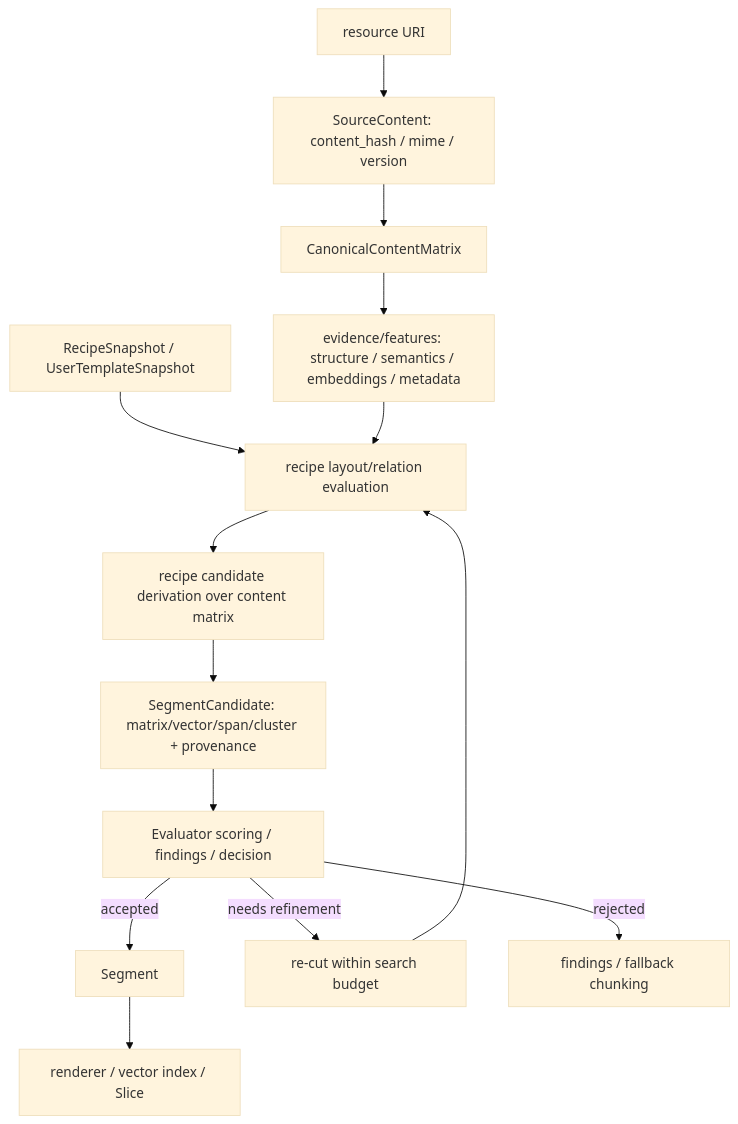
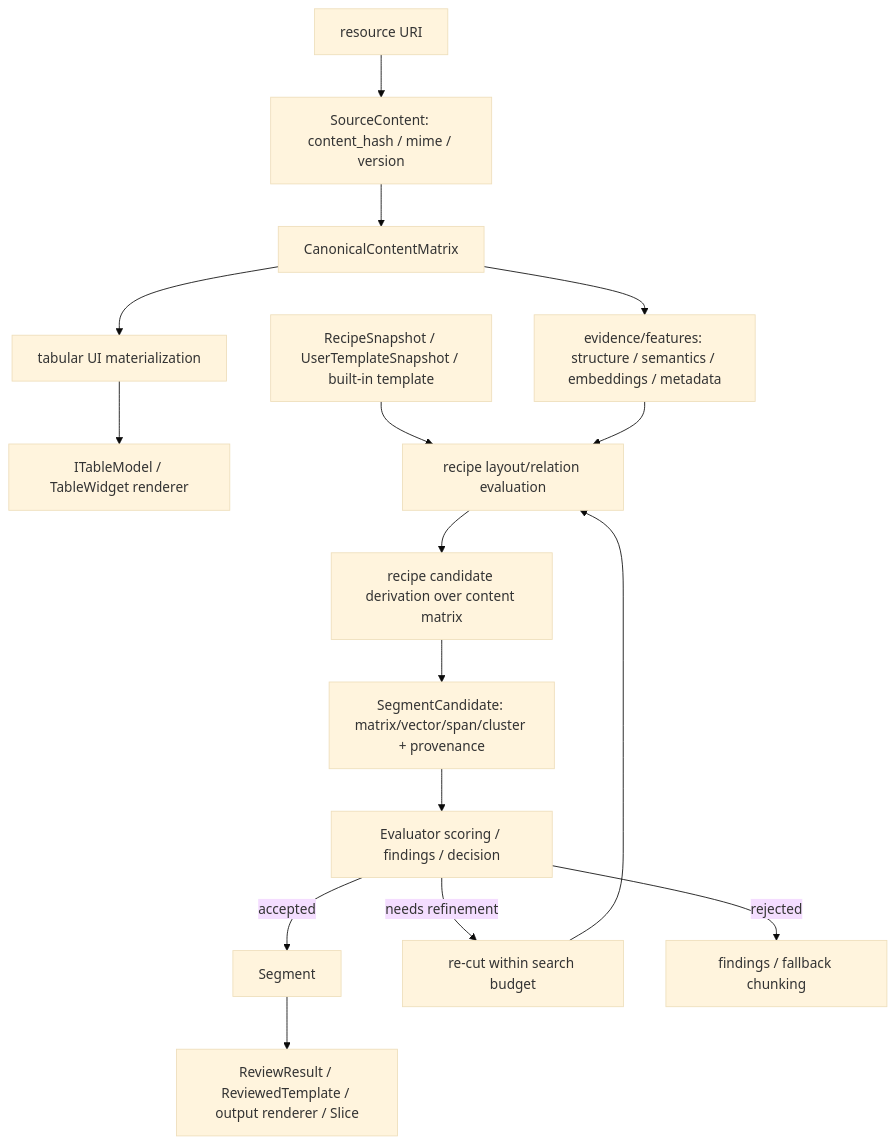
The third of 3 diagrams in .github/README.md (chogng/conductor), drawn with Mermaid (base theme) before and after one commit. The commit also changed other lines of this file and 7 other files, not shown here.

````diff
--- a/.github/README.md
+++ b/.github/README.md
@@ -530,16 +539,18 @@
 ```mermaid
 flowchart TD
   A[resource URI] --> B[SourceContent: content_hash / mime / version]
   B --> C[CanonicalContentMatrix]
   C --> D[evidence/features: structure / semantics / embeddings / metadata]
-  F[RecipeSnapshot / UserTemplateSnapshot] --> G[recipe layout/relation evaluation]
+  C --> U[tabular UI materialization]
+  U --> V[ITableModel / TableWidget renderer]
+  F[RecipeSnapshot / UserTemplateSnapshot / built-in template] --> G[recipe layout/relation evaluation]
   D --> G
   G --> H[recipe candidate derivation over content matrix]
   H --> I[SegmentCandidate: matrix/vector/span/cluster + provenance]
   I --> J[Evaluator scoring / findings / decision]
   J -->|accepted| K[Segment]
-  K --> L[renderer / vector index / Slice]
+  K --> L[ReviewResult / ReviewedTemplate / output renderer / Slice]
   J -->|needs refinement| M[re-cut within search budget]
   M --> G
   J -->|rejected| N[findings / fallback chunking]
 ```
````
